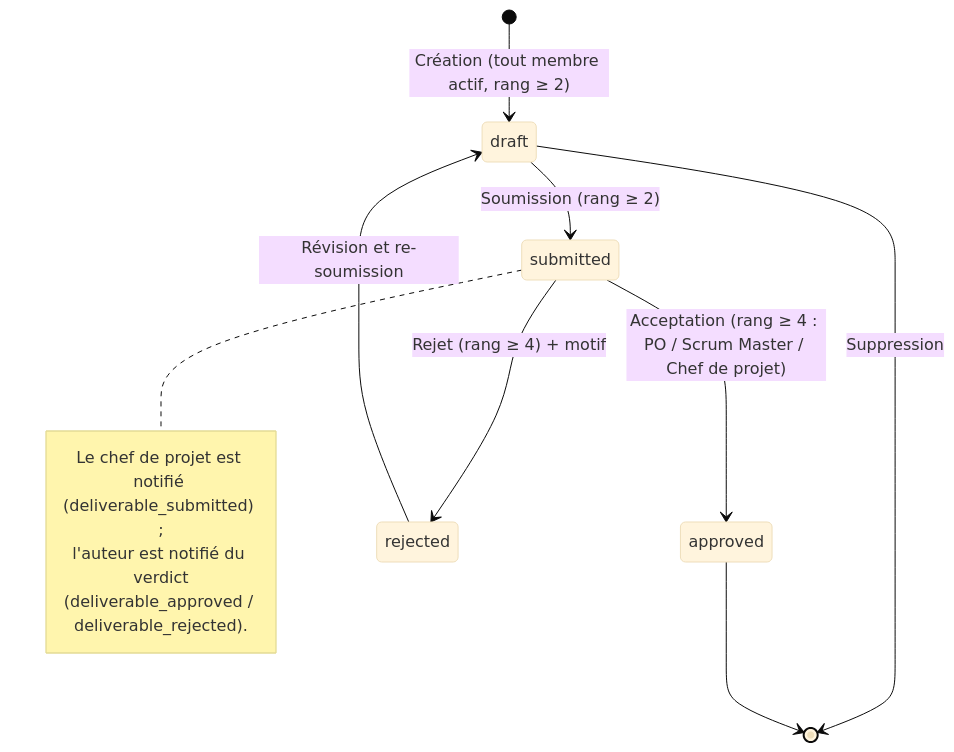
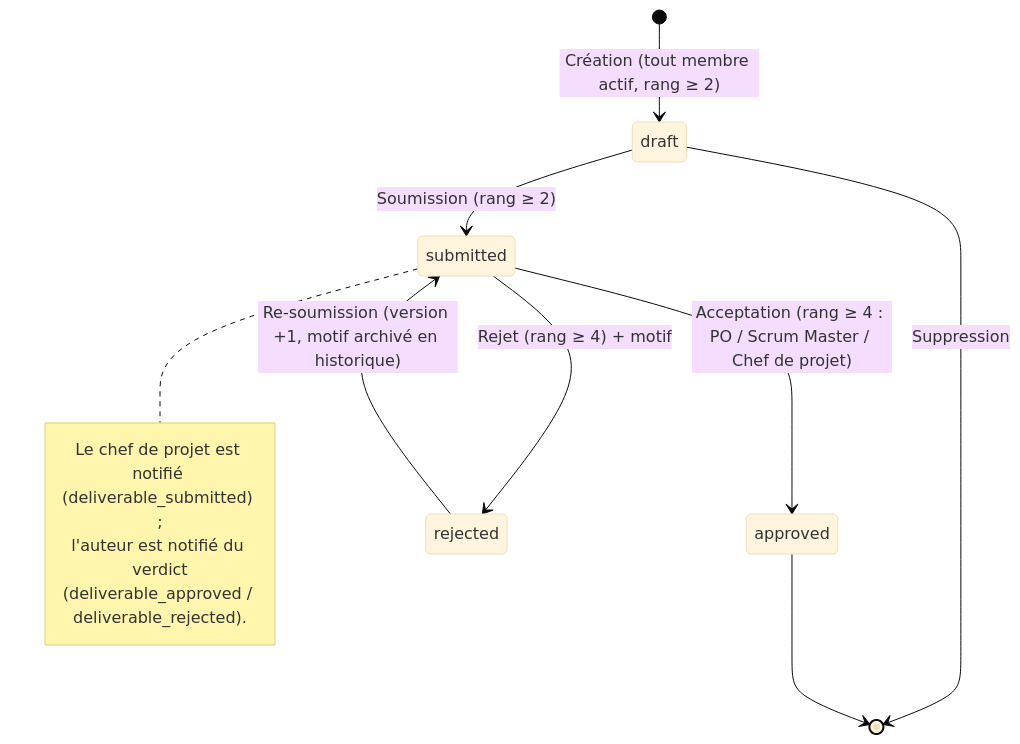
Before and after one commit to prologic-deployment/Fluidity: the third of 6 diagrams in docs/project-management-flows.md, drawn with Mermaid (base theme). The commit also changed 10 other files, not shown here.

First line of the commit message:
fix(A5.3-2): rejected deliverables can be resubmitted (version+1, verdict history)

````diff
--- a/docs/project-management-flows.md
+++ b/docs/project-management-flows.md
@@ -82,16 +82,16 @@
 ```mermaid
 stateDiagram-v2
     [*] --> draft: Création (tout membre actif, rang ≥ 2)
     draft --> submitted: Soumission (rang ≥ 2)
     submitted --> approved: Acceptation (rang ≥ 4 : PO / Scrum Master / Chef de projet)
     submitted --> rejected: Rejet (rang ≥ 4) + motif
     draft --> [*]: Suppression
     approved --> [*]
-    rejected --> draft: Révision et re-soumission
+    rejected --> submitted: Re-soumission (version +1, motif archivé en historique)
 
     note right of submitted
       Le chef de projet est notifié (deliverable_submitted) ;
       l'auteur est notifié du verdict
       (deliverable_approved / deliverable_rejected).
     end note
 ```
````
